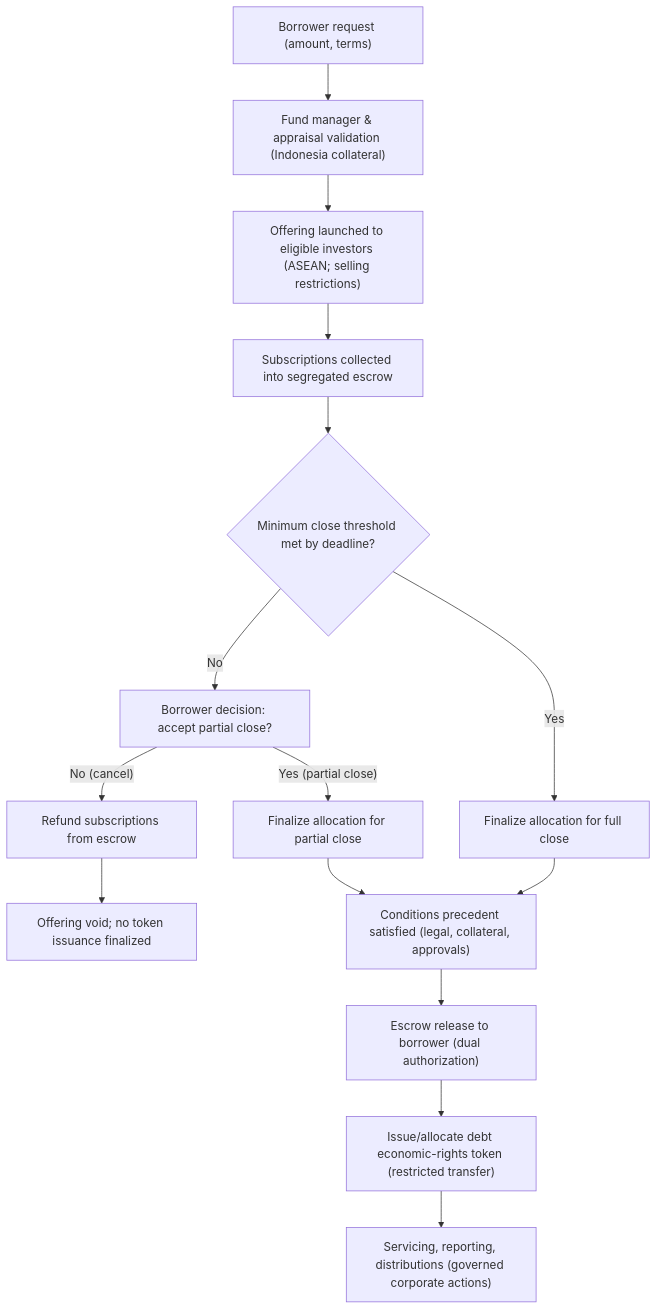
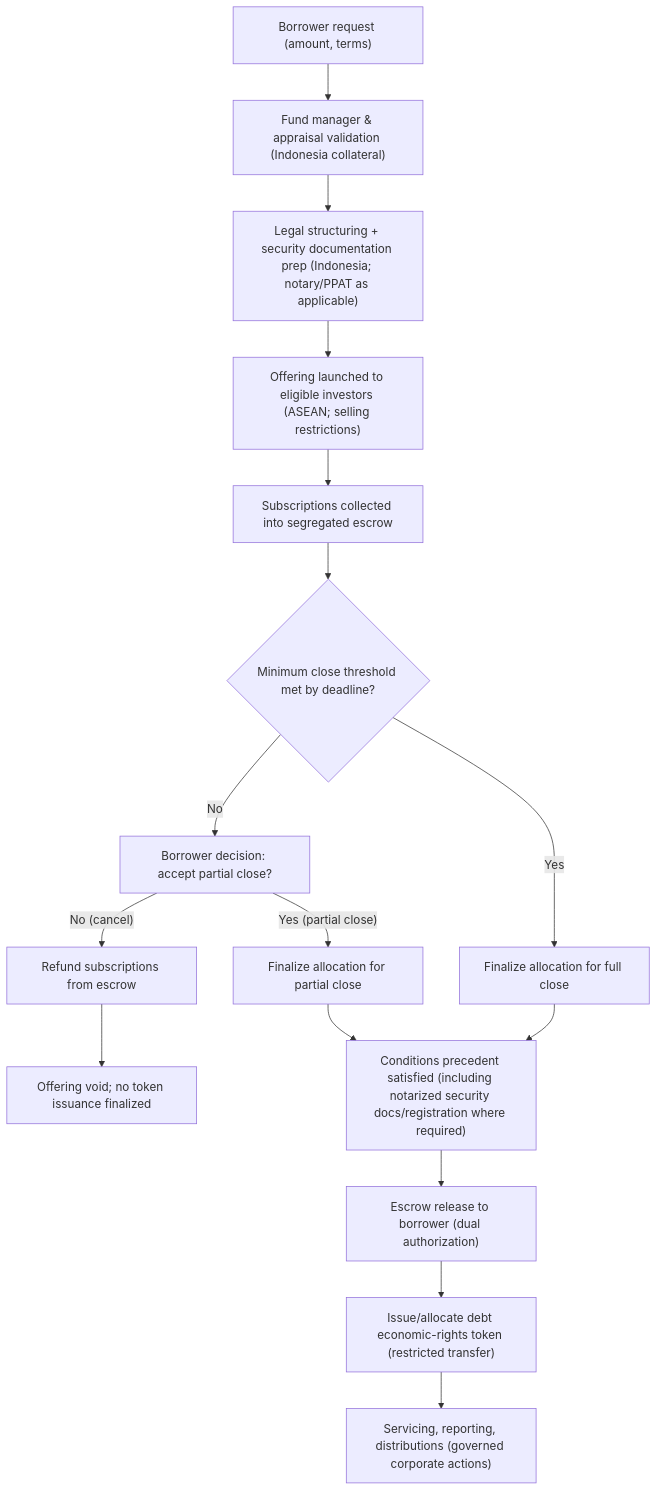
One commit to ljcom/asean-rwa-whitepaper changed the diagram in 02-figures/diagrams/debt-escrow-close-flow.md. Above: the diagram before and after it, drawn with Mermaid. The commit also changed 3 other files, not shown here.

````diff
--- a/02-figures/diagrams/debt-escrow-close-flow.md
+++ b/02-figures/diagrams/debt-escrow-close-flow.md
@@ -5,20 +5,21 @@
 ```mermaid
 flowchart TD
   A["Borrower request (amount, terms)"] --> B["Fund manager & appraisal validation (Indonesia collateral)"]
-  B --> C["Offering launched to eligible investors (ASEAN; selling restrictions)"]
-  C --> D["Subscriptions collected into segregated escrow"]
-  D --> E{"Minimum close threshold met by deadline?"}
+  B --> C["Legal structuring + security documentation prep (Indonesia; notary/PPAT as applicable)"]
+  C --> D["Offering launched to eligible investors (ASEAN; selling restrictions)"]
+  D --> E["Subscriptions collected into segregated escrow"]
+  E --> F{"Minimum close threshold met by deadline?"}
 
-  E -- "No" --> F["Borrower decision: accept partial close?"]
-  F -- "No (cancel)" --> G["Refund subscriptions from escrow"]
-  G --> H["Offering void; no token issuance finalized"]
+  F -- "No" --> G["Borrower decision: accept partial close?"]
+  G -- "No (cancel)" --> H["Refund subscriptions from escrow"]
+  H --> I["Offering void; no token issuance finalized"]
 
-  F -- "Yes (partial close)" --> I["Finalize allocation for partial close"]
-  E -- "Yes" --> J["Finalize allocation for full close"]
+  G -- "Yes (partial close)" --> J["Finalize allocation for partial close"]
+  F -- "Yes" --> K["Finalize allocation for full close"]
 
-  I --> K["Conditions precedent satisfied (legal, collateral, approvals)"]
-  J --> K
-  K --> L["Escrow release to borrower (dual authorization)"]
-  L --> M["Issue/allocate debt economic-rights token (restricted transfer)"]
-  M --> N["Servicing, reporting, distributions (governed corporate actions)"]
+  J --> L["Conditions precedent satisfied (including notarized security docs/registration where required)"]
+  K --> L
+  L --> M["Escrow release to borrower (dual authorization)"]
+  M --> N["Issue/allocate debt economic-rights token (restricted transfer)"]
+  N --> O["Servicing, reporting, distributions (governed corporate actions)"]
 ```
````
